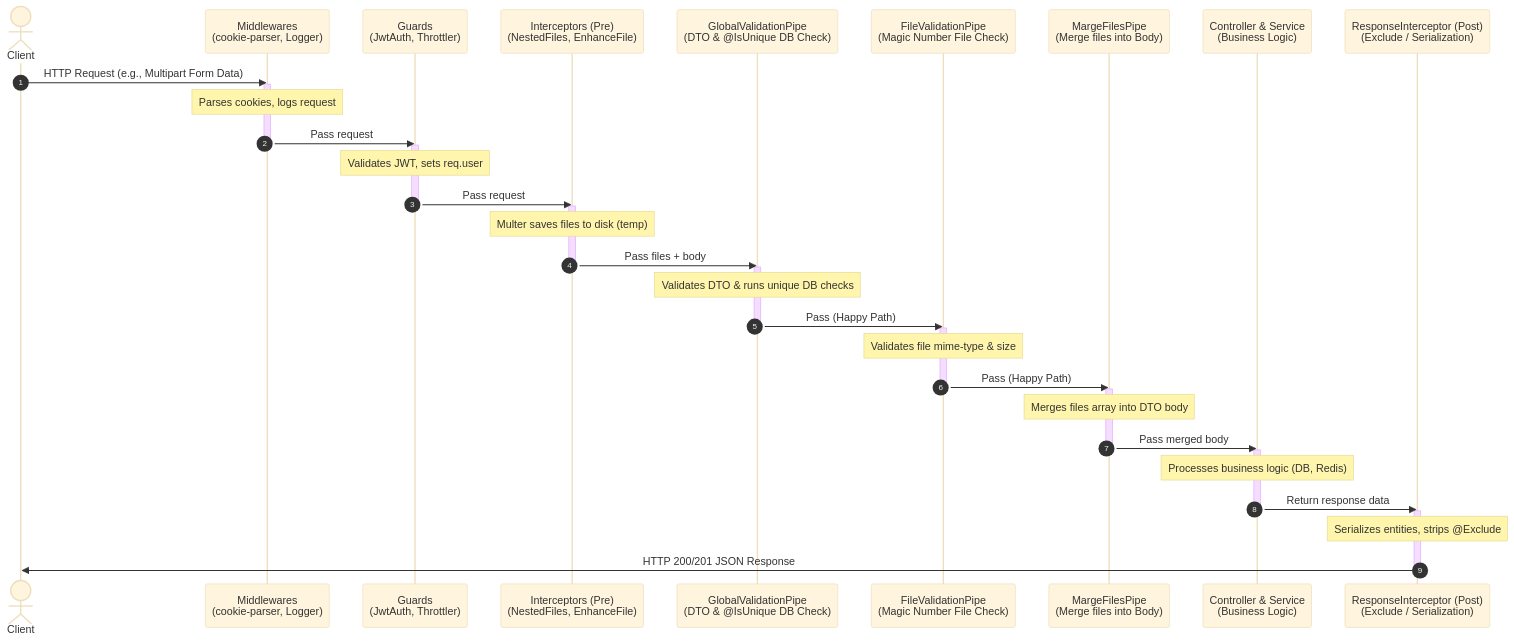
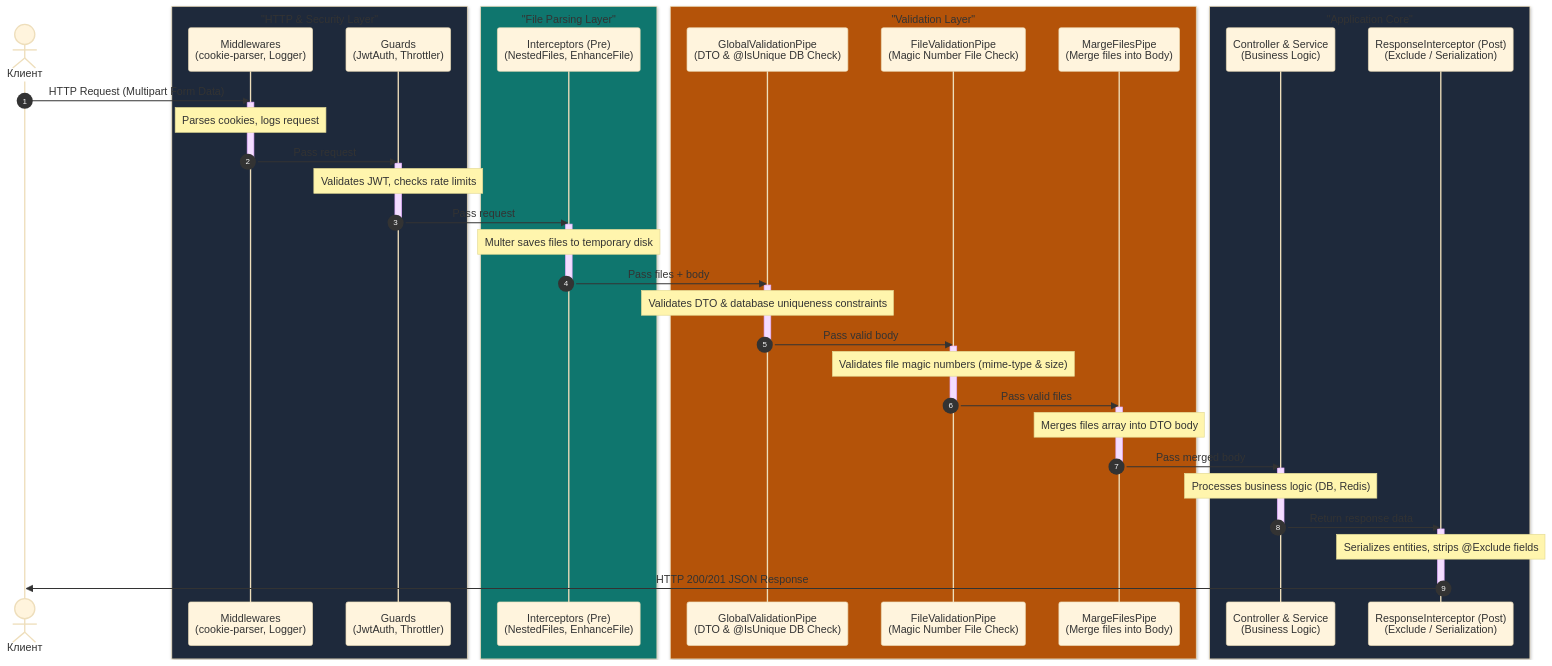
Before and after one commit to araysargsyan/nest-0: the first of 2 diagrams in README.md, drawn with Mermaid (base theme). The commit also changed other lines of this file, not shown here.

````diff
--- a/README.md
+++ b/README.md
@@ -59,47 +59,59 @@
 ```mermaid
 sequenceDiagram
     autonumber
-    actor Client
-    participant Middleware as Middlewares<br/>(cookie-parser, Logger)
-    participant Guard as Guards<br/>(JwtAuth, Throttler)
-    participant Interceptor as Interceptors (Pre)<br/>(NestedFiles, EnhanceFile)
-    participant Pipe1 as GlobalValidationPipe<br/>(DTO & @IsUnique DB Check)
-    participant Pipe2 as FileValidationPipe<br/>(Magic Number File Check)
-    participant Pipe3 as MargeFilesPipe<br/>(Merge files into Body)
-    participant Controller as Controller & Service<br/>(Business Logic)
-    participant InterceptorPost as ResponseInterceptor (Post)<br/>(Exclude / Serialization)
+    actor Client as Клиент
     
-    Client->>Middleware: HTTP Request (e.g., Multipart Form Data)
+    box rgb(30, 41, 59) "HTTP & Security Layer"
+        participant Middleware as Middlewares<br/>(cookie-parser, Logger)
+        participant Guard as Guards<br/>(JwtAuth, Throttler)
+    end
+    
+    box rgb(15, 118, 110) "File Parsing Layer"
+        participant Interceptor as Interceptors (Pre)<br/>(NestedFiles, EnhanceFile)
+    end
+    
+    box rgb(180, 83, 9) "Validation Layer"
+        participant Pipe1 as GlobalValidationPipe<br/>(DTO & @IsUnique DB Check)
+        participant Pipe2 as FileValidationPipe<br/>(Magic Number File Check)
+        participant Pipe3 as MargeFilesPipe<br/>(Merge files into Body)
+    end
+    
+    box rgb(30, 41, 59) "Application Core"
+        participant Controller as Controller & Service<br/>(Business Logic)
+        participant InterceptorPost as ResponseInterceptor (Post)<br/>(Exclude / Serialization)
+    end
+    
+    Client->>Middleware: HTTP Request (Multipart Form Data)
     activate Middleware
     Note over Middleware: Parses cookies, logs request
     Middleware->>Guard: Pass request
     deactivate Middleware
     activate Guard
-    Note over Guard: Validates JWT, sets req.user
+    Note over Guard: Validates JWT, checks rate limits
     Guard->>Interceptor: Pass request
     deactivate Guard
     activate Interceptor
-    Note over Interceptor: Multer saves files to disk (temp)
+    Note over Interceptor: Multer saves files to temporary disk
     Interceptor->>Pipe1: Pass files + body
     deactivate Interceptor
     activate Pipe1
-    Note over Pipe1: Validates DTO & runs unique DB checks
-    Pipe1->>Pipe2: Pass (Happy Path)
+    Note over Pipe1: Validates DTO & database uniqueness constraints
+    Pipe1->>Pipe2: Pass valid body
     deactivate Pipe1
     activate Pipe2
-    Note over Pipe2: Validates file mime-type & size
-    Pipe2->>Pipe3: Pass (Happy Path)
+    Note over Pipe2: Validates file magic numbers (mime-type & size)
+    Pipe2->>Pipe3: Pass valid files
     deactivate Pipe2
     activate Pipe3
     Note over Pipe3: Merges files array into DTO body
     Pipe3->>Controller: Pass merged body
     deactivate Pipe3
     activate Controller
     Note over Controller: Processes business logic (DB, Redis)
     Controller->>InterceptorPost: Return response data
     deactivate Controller
     activate InterceptorPost
-    Note over InterceptorPost: Serializes entities, strips @Exclude
+    Note over InterceptorPost: Serializes entities, strips @Exclude fields
     InterceptorPost->>Client: HTTP 200/201 JSON Response
     deactivate InterceptorPost
 ```
````
